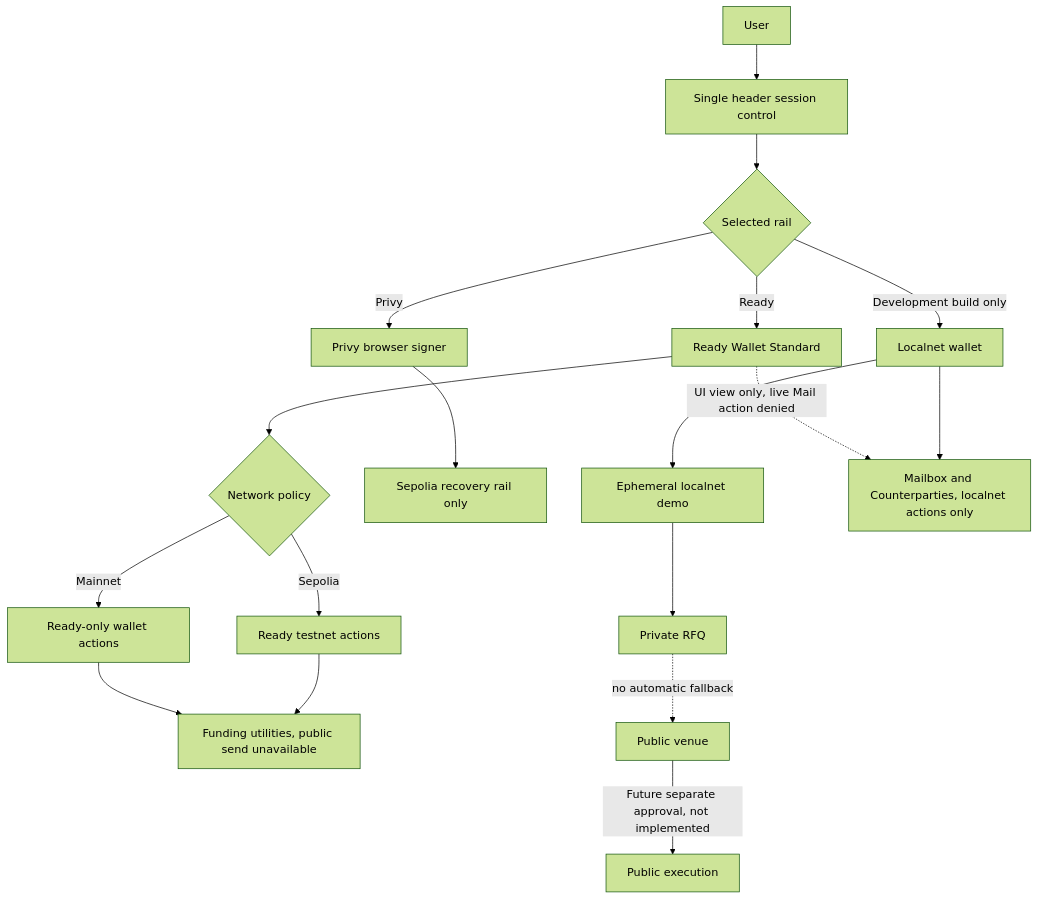
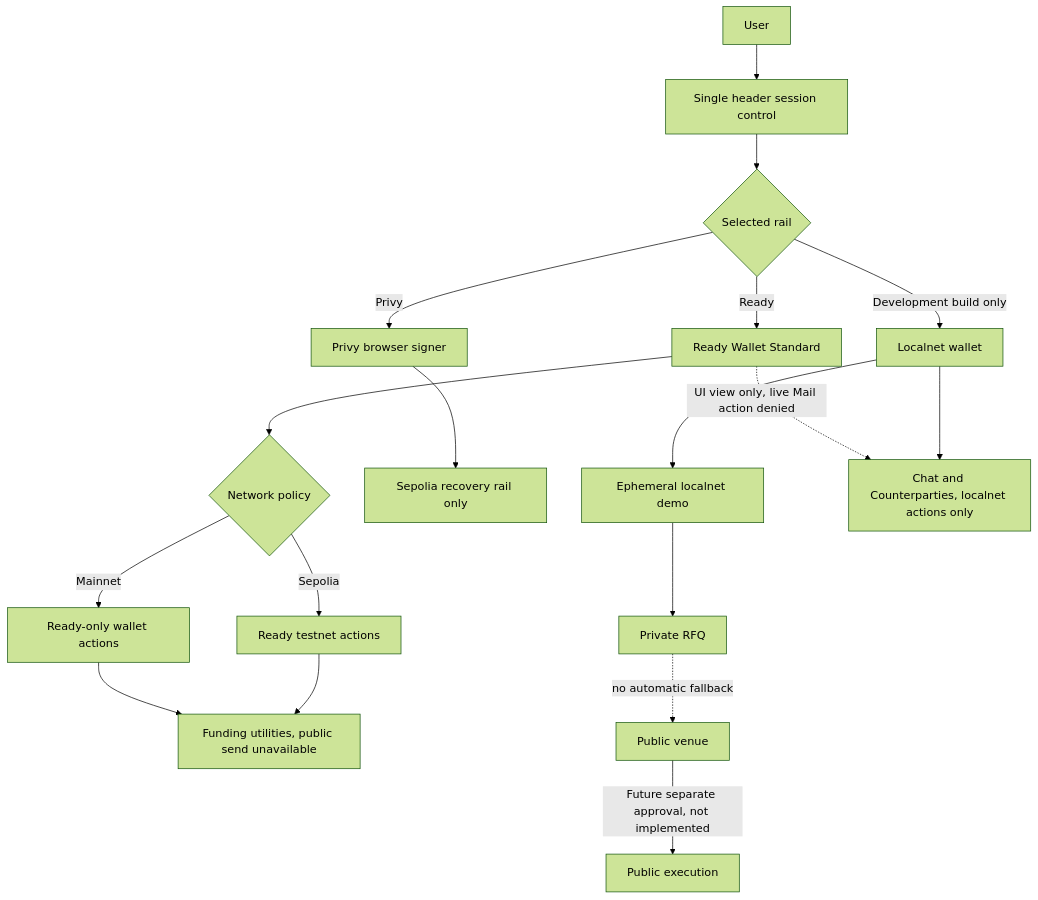
Before and after one commit to gstohl/app20: the first of 8 diagrams in README.md, drawn with Mermaid (forest theme). The commit also changed other lines of this file and 41 other files, not shown here.

````diff
--- a/README.md
+++ b/README.md
@@ -94,23 +93,23 @@
 ```mermaid
 flowchart TD
     U[User] --> H[Single header session control]
     H --> R{Selected rail}
     R -->|Ready| W[Ready Wallet Standard]
     R -->|Privy| P[Privy browser signer]
     R -->|Development build only| L[Localnet wallet]
 
     W --> N{Network policy}
     N -->|Mainnet| M[Ready-only wallet actions]
     N -->|Sepolia| S[Ready testnet actions]
     P --> PS[Sepolia recovery rail only]
     L --> LD[Ephemeral localnet demo]
 
     M --> V[Funding utilities, public send unavailable]
     S --> V
     LD --> D[Private RFQ]
-    W -. UI view only, live Mail action denied .-> MB[Mailbox and Counterparties, localnet actions only]
+    W -. UI view only, live Mail action denied .-> MB[Chat and Counterparties, localnet actions only]
     L --> MB
 
     D -. no automatic fallback .-> X[Public venue]
     X -->|Future separate approval, not implemented| PX[Public execution]
 ```
````
